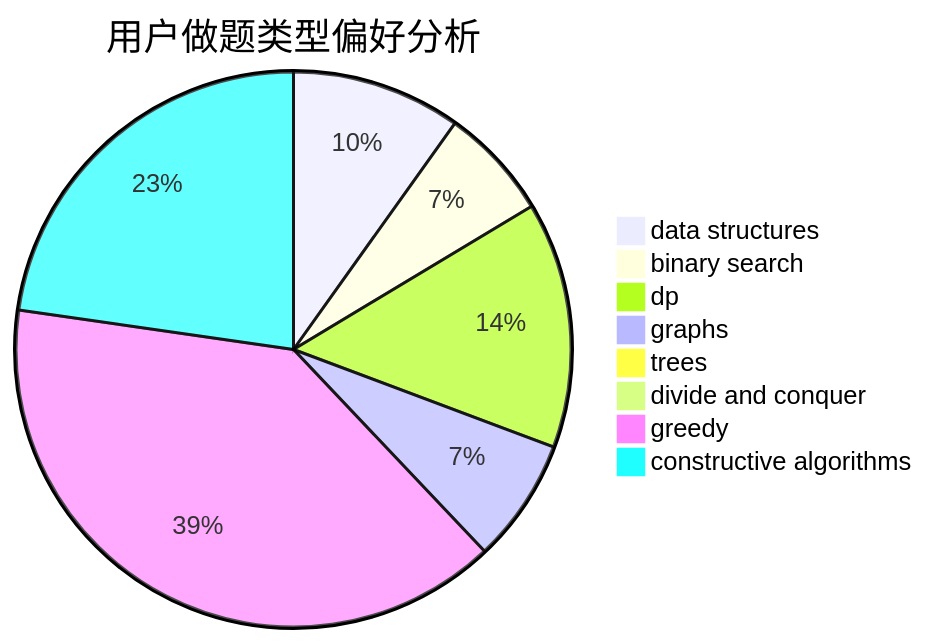
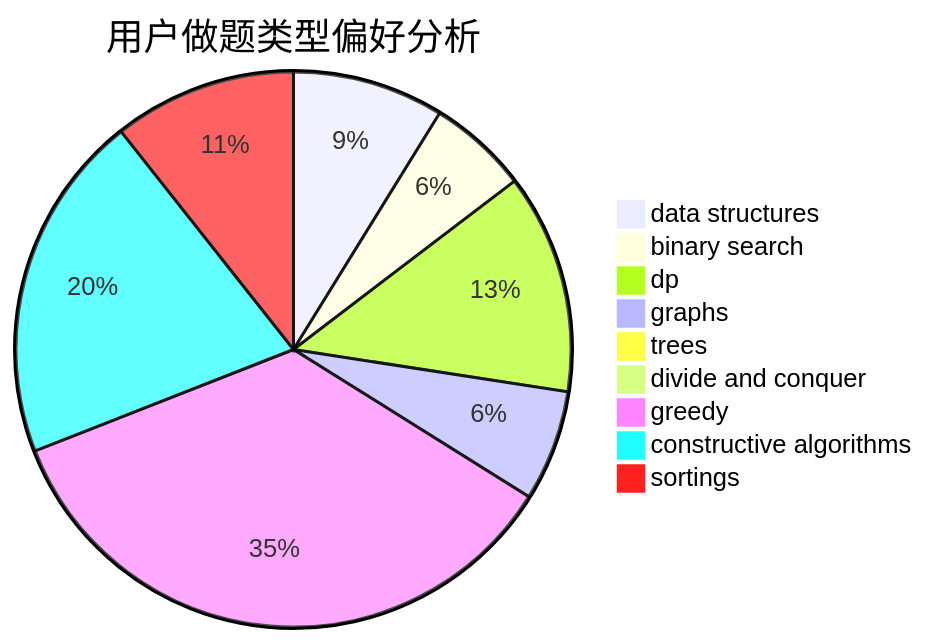
Before and after one commit to sherpahu/cfrs.github.io: the second of 3 diagrams in docs/user/u1291.md, drawn with Mermaid. The commit also changed other lines of this file and 2769 other files, not shown here.

````diff
--- a/docs/user/u1291.md
+++ b/docs/user/u1291.md
@@ -23,11 +18,12 @@
 ```mermaid
 pie title 用户做题类型偏好分析
     "data structures" :  168
     "binary search" :  111
     "dp" :  244
     "graphs" :  123
     "trees" :  0
     "divide and conquer" :  0
     "greedy" :  670
     "constructive algorithms" :  387
+    "sortings" :  203
 ```
````
